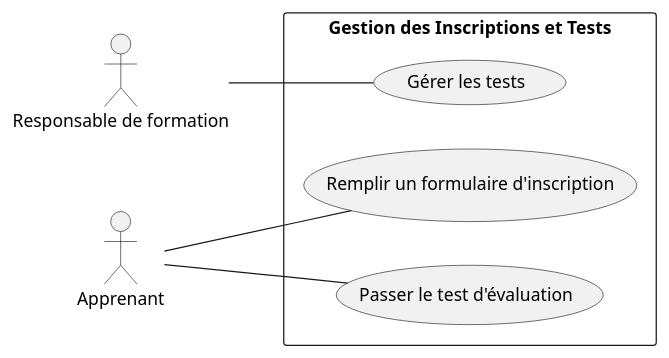
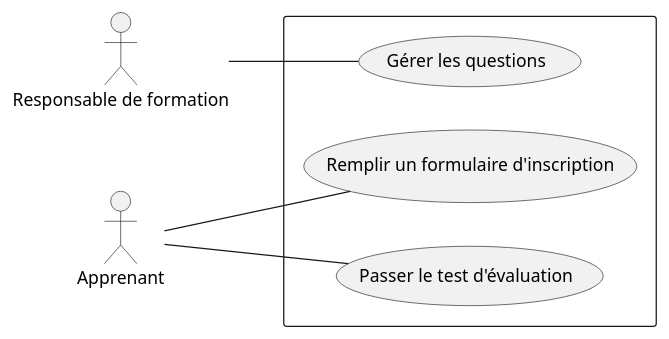
One commit to samiaBoug/Soli_LMS_Test_Inscription changed the diagram in Branche_fonctionelle/Analyse/use_case_sprint2.puml. Above: the diagram before and after it, drawn with PlantUML. The commit also changed 2 other files, not shown here.

```diff
--- a/Branche_fonctionelle/Analyse/use_case_sprint2.puml
+++ b/Branche_fonctionelle/Analyse/use_case_sprint2.puml
@@ -1,20 +1,20 @@
 @startuml
 left to right direction
 
 actor "Responsable de formation" as Admin
 actor "Apprenant" as Apprenant
 
-rectangle "Gestion des Inscriptions et Tests" {
+rectangle  {
   usecase "Remplir un formulaire d'inscription" as UC1
-  usecase "Gérer les tests" as UC2
-   usecase "Passer le test d'évaluation" as UC3
+  usecase "Gérer les questions" as UC2
+  usecase "Passer le test d'évaluation" as UC3
 
 }
 
 Admin -- UC2
 Apprenant -- UC1
 Apprenant -- UC3
 
 
 
 @enduml
```
